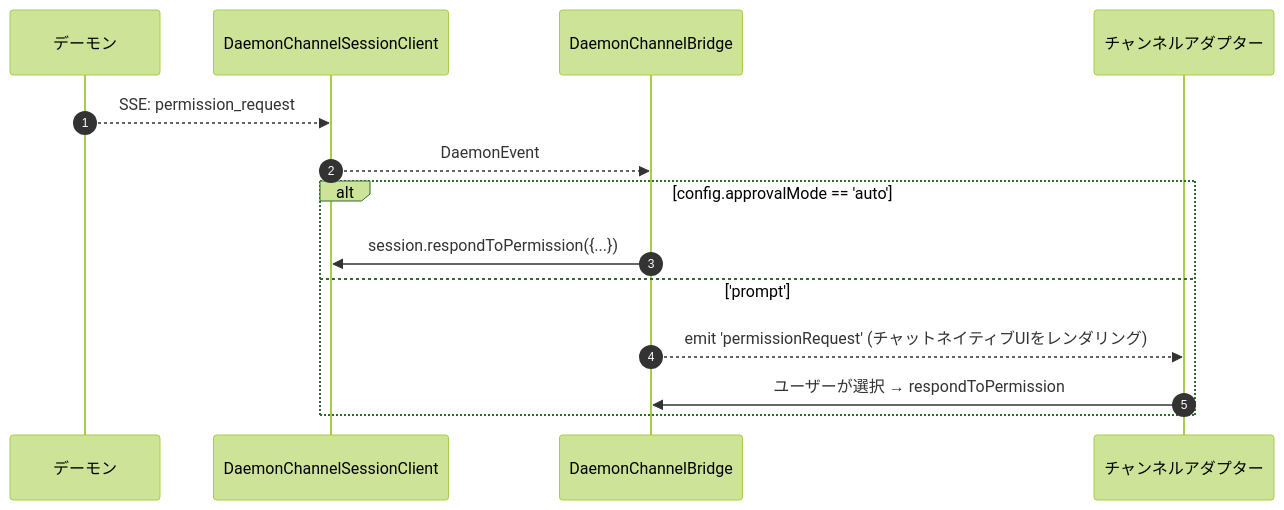
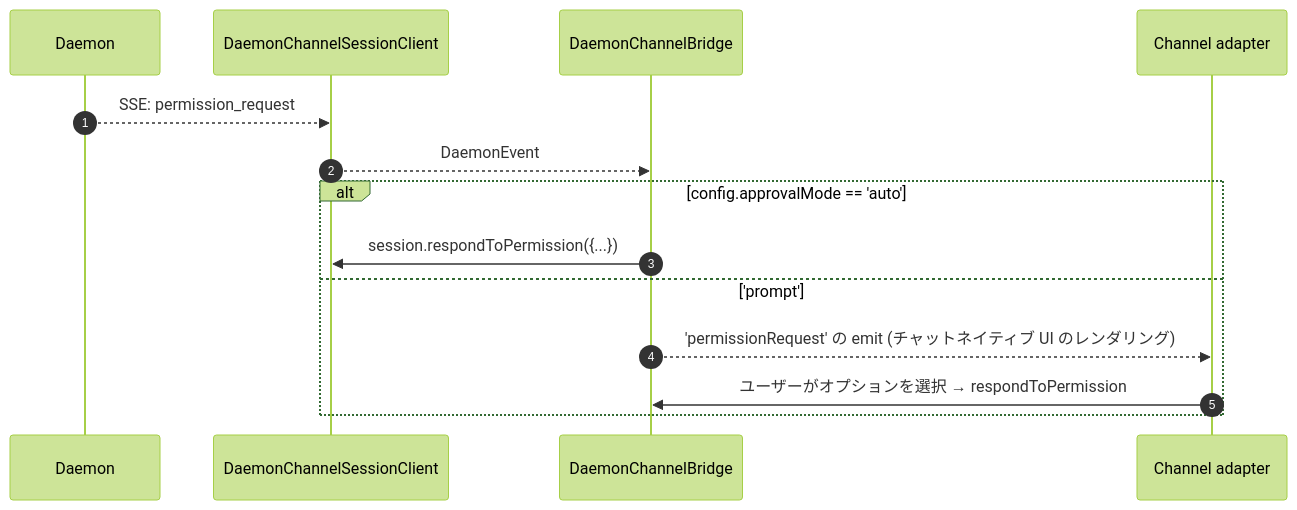
One commit to QwenLM/qwen-code-docs changed the third of 3 diagrams in website/content/ja/developers/daemon/15-channel-adapters.md. Above: the diagram before and after it, drawn with Mermaid (forest theme). The commit also changed other lines of this file and 128 other files, not shown here.

````diff
--- a/website/content/ja/developers/daemon/15-channel-adapters.md
+++ b/website/content/ja/developers/daemon/15-channel-adapters.md
@@ -135,17 +140,17 @@
 ```mermaid
 sequenceDiagram
     autonumber
-    participant D as デーモン
+    participant D as Daemon
     participant SC as DaemonChannelSessionClient
     participant BR as DaemonChannelBridge
-    participant AD as チャンネルアダプター
+    participant AD as Channel adapter
 
     D-->>SC: SSE: permission_request
     SC-->>BR: DaemonEvent
     alt config.approvalMode == 'auto'
         BR->>SC: session.respondToPermission({...})
     else 'prompt'
-        BR-->>AD: emit 'permissionRequest' (チャットネイティブUIをレンダリング)
-        AD->>BR: ユーザーが選択 → respondToPermission
+        BR-->>AD: 'permissionRequest' の emit (チャットネイティブ UI のレンダリング)
+        AD->>BR: ユーザーがオプションを選択 → respondToPermission
     end
 ```
````
